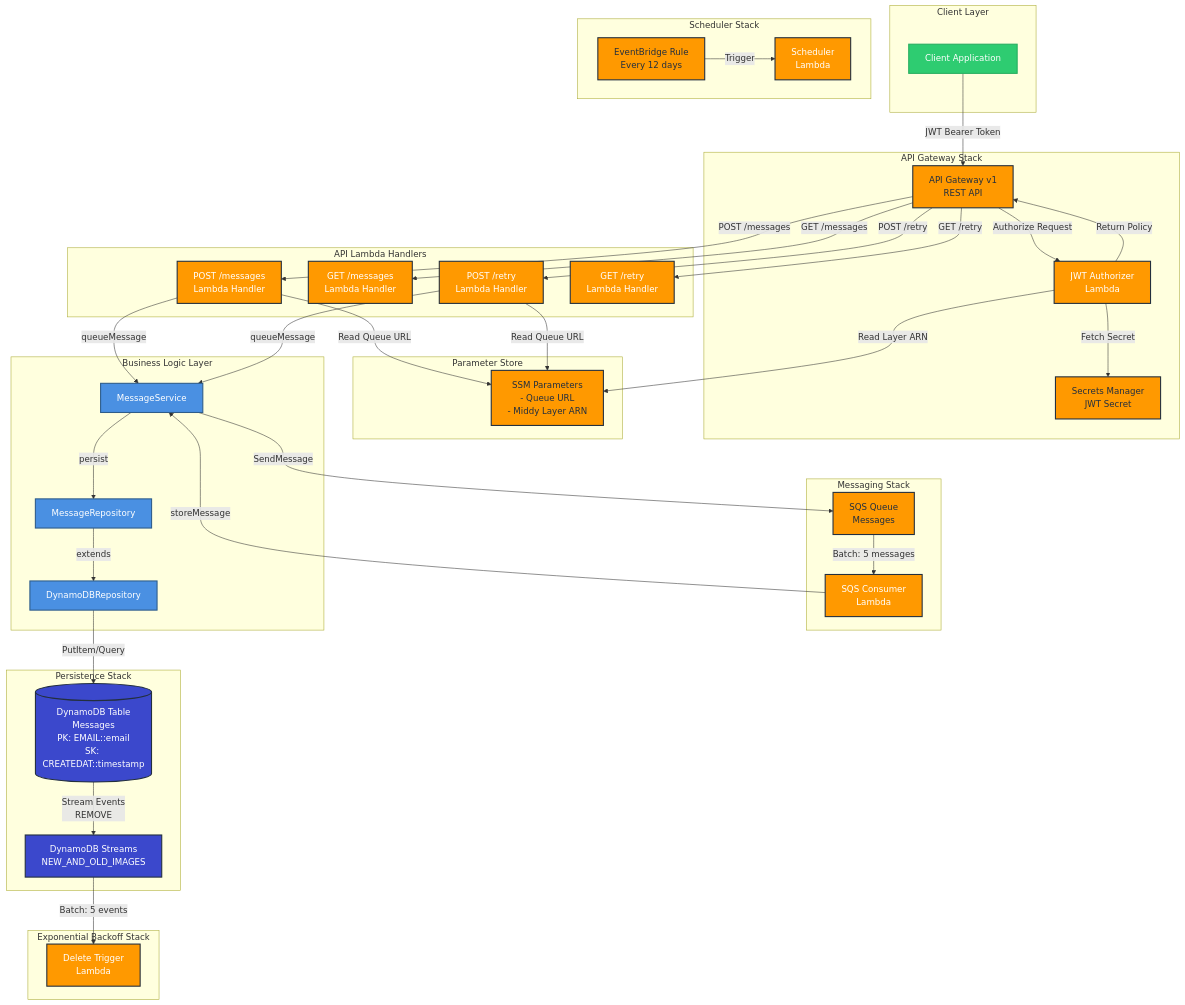
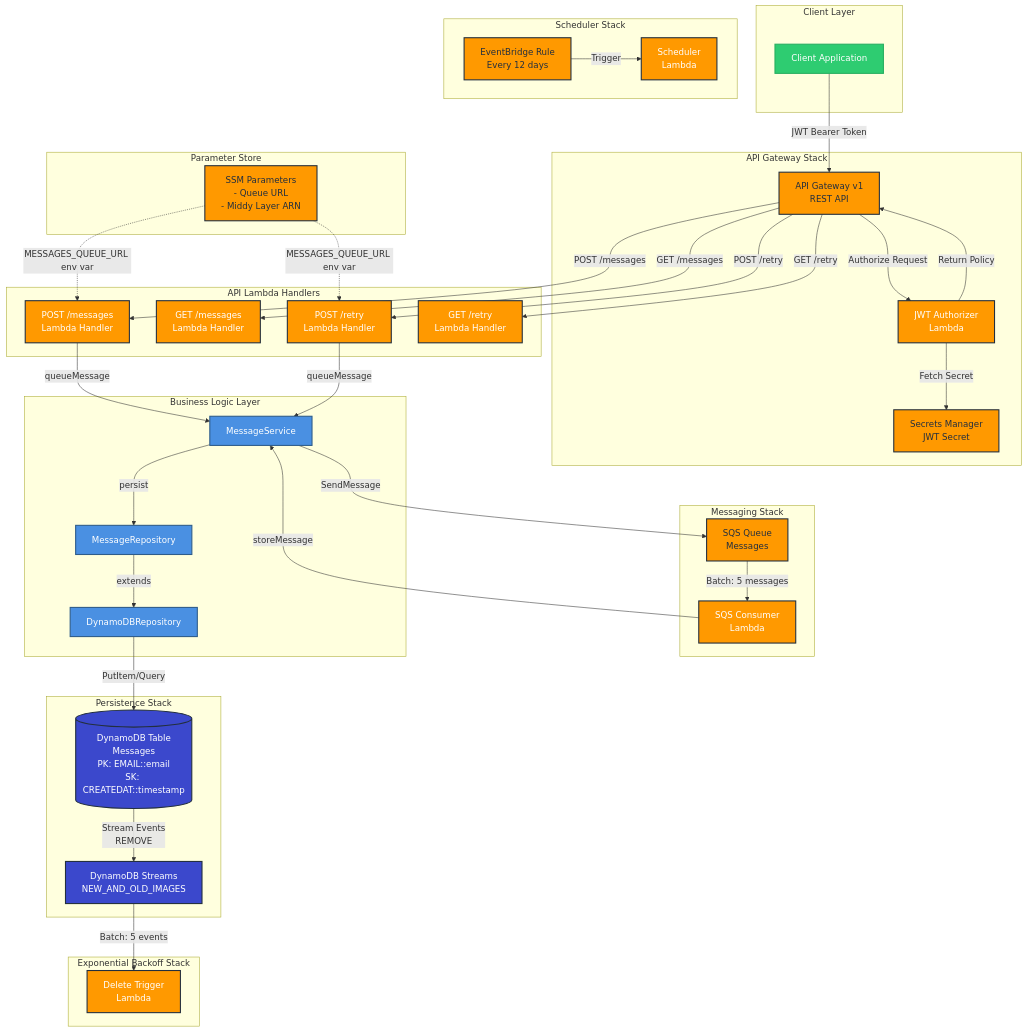
The first of 2 diagrams in docs/ARCHITECTURE.md (rawlinja/serverless-message-retry-cdk), drawn with Mermaid before and after one commit. The commit also changed other lines of this file, not shown here.

Commit message:
docs(architecture): fix SSM runtime arrows and remove stale Future labels from scheduler and delete trigger

```diff
--- a/docs/ARCHITECTURE.md
+++ b/docs/ARCHITECTURE.md
@@ -89,10 +89,9 @@
     %% EventBridge Scheduler
     EB -->|Trigger| Scheduler
 
-    %% SSM Parameter Store
-    PostMsg -->|Read Queue URL| SSM
-    PostRetry -->|Read Queue URL| SSM
-    Auth -->|Read Layer ARN| SSM
+    %% SSM Parameter Store (CDK deploy-time only — values injected as env vars)
+    SSM -.->|MESSAGES_QUEUE_URL env var| PostMsg
+    SSM -.->|MESSAGES_QUEUE_URL env var| PostRetry
 
     %% Styling
     classDef aws fill:#FF9900,stroke:#232F3E,stroke-width:2px,color:#232F3E
```
